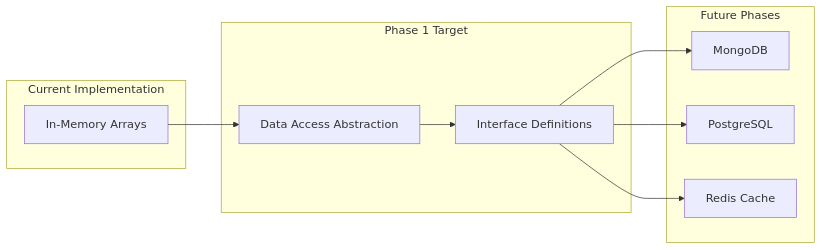
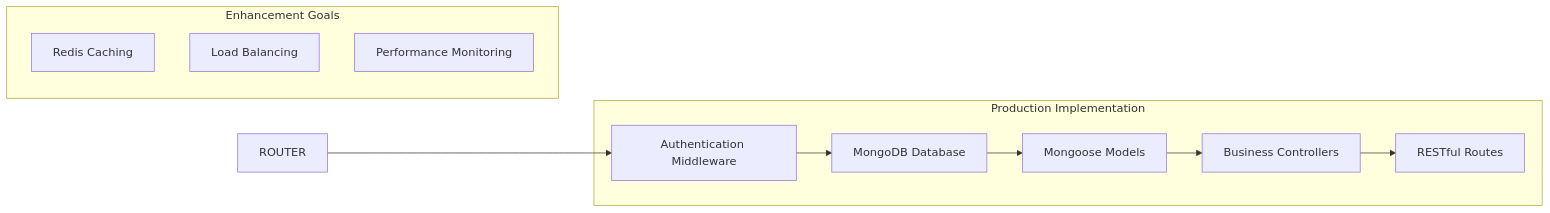
Before and after one commit to ganesh-NB/readsphere: the eighth of 8 diagrams in .qoder/repowiki/en/content/Data Models and Database Schema/Mock Database Implementation.md, drawn with Mermaid. The commit also changed other lines of this file and 46 other files, not shown here.

````diff
--- a/.qoder/repowiki/en/content/Data Models and Database Schema/Mock Database Implementation.md
+++ b/.qoder/repowiki/en/content/Data Models and Database Schema/Mock Database Implementation.md
@@ -417,20 +477,20 @@
 ```mermaid
 flowchart LR
-subgraph "Current Implementation"
-MOCK["In-Memory Arrays"]
+subgraph "Production Implementation"
+MONGODB["MongoDB Database"]
+MODELS["Mongoose Models"]
+CONTROLLERS["Business Controllers"]
+ROUTES["RESTful Routes"]
+MIDDLEWARE["Authentication Middleware"]
 end
-subgraph "Phase 1 Target"
-ABSTRACTION["Data Access Abstraction"]
-INTERFACES["Interface Definitions"]
+subgraph "Enhancement Goals"
+CACHING["Redis Caching"]
+LOAD_BALANCING["Load Balancing"]
+MONITORING["Performance Monitoring"]
 end
-subgraph "Future Phases"
-MONGO["MongoDB"]
-POSTGRES["PostgreSQL"]
-CACHE["Redis Cache"]
-end
-MOCK --> ABSTRACTION
-ABSTRACTION --> INTERFACES
-INTERFACES --> MONGO
-INTERFACES --> POSTGRES
-INTERFACES --> CACHE
+MONGODB --> MODELS
+MODELS --> CONTROLLERS
+CONTROLLERS --> ROUTES
+ROUTER --> MIDDLEWARE
+MIDDLEWARE --> MONGODB
 ```
````
